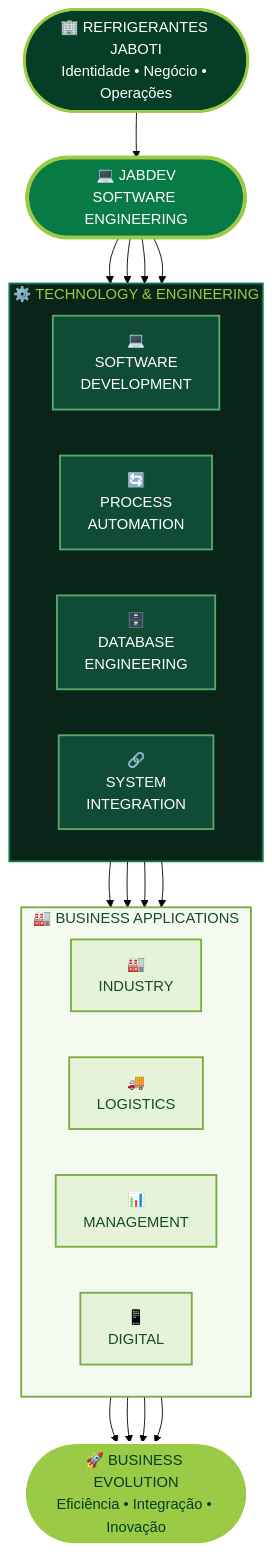
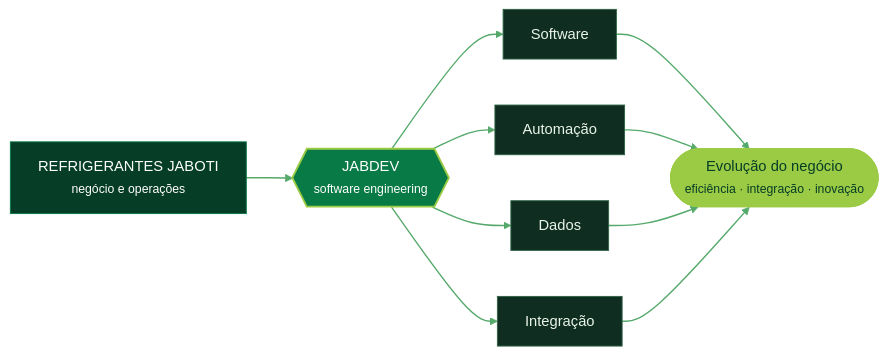
The diagram in README.md (nerdGG094/nerdGG094), drawn with Mermaid (forest theme) before and after one commit. The commit also changed other lines of this file and 1 other file, not shown here.

Commit message:
README: linguagens e ferramentas juntas com ícones e fluxo do ecossistema mais compacto

````diff
--- a/README.md
+++ b/README.md
@@ -143,59 +119,22 @@
 ```mermaid
-flowchart TB
+flowchart LR
+    A["REFRIGERANTES JABOTI<br/><small>negócio e operações</small>"]
+    B{{"JABDEV<br/><small>software engineering</small>"}}
+    C["Software"]
+    D["Automação"]
+    E["Dados"]
+    F["Integração"]
+    G(["Evolução do negócio<br/><small>eficiência · integração · inovação</small>"])
 
-    A(["🏢 REFRIGERANTES JABOTI<br/>Identidade • Negócio • Operações"])
+    A --> B --> C & D & E & F --> G
 
-    B(["💻 JABDEV<br/>SOFTWARE ENGINEERING"])
-
-    A --> B
-
-    B --> C
-    B --> D
-    B --> E
-    B --> F
-
-    subgraph TECH["⚙️ TECHNOLOGY & ENGINEERING"]
-        direction LR
-
-        C["💻<br/>SOFTWARE<br/>DEVELOPMENT"]
-        D["🔄<br/>PROCESS<br/>AUTOMATION"]
-        E["🗄️<br/>DATABASE<br/>ENGINEERING"]
-        F["🔗<br/>SYSTEM<br/>INTEGRATION"]
-    end
-
-    C --> G
-    D --> H
-    E --> I
-    F --> J
-
-    subgraph BUSINESS["🏭 BUSINESS APPLICATIONS"]
-        direction LR
-
-        G["🏭<br/>INDUSTRY"]
-        H["🚚<br/>LOGISTICS"]
-        I["📊<br/>MANAGEMENT"]
-        J["📱<br/>DIGITAL"]
-    end
-
-    G --> K
-    H --> K
-    I --> K
-    J --> K
-
-    K(["🚀 BUSINESS EVOLUTION<br/>Eficiência • Integração • Inovação"])
-
-    classDef jaboti fill:#063D27,color:#FFFFFF,stroke:#9BCB45,stroke-width:3px
-    classDef jabdev fill:#087A45,color:#FFFFFF,stroke:#9BCB45,stroke-width:4px
-    classDef tech fill:#104C35,color:#FFFFFF,stroke:#55A96B,stroke-width:2px
-    classDef business fill:#E5F3D8,color:#164B2C,stroke:#78AD42,stroke-width:2px
-    classDef result fill:#9BCB45,color:#063D27,stroke:#FFFFFF,stroke-width:3px
-
-    class A jaboti
-    class B jabdev
-    class C,D,E,F tech
-    class G,H,I,J business
-    class K result
-
-    style TECH fill:#0B241A,stroke:#087A45,stroke-width:2px,color:#9BCB45
-    style BUSINESS fill:#F4FAEE,stroke:#78AD42,stroke-width:2px,color:#164B2C
+    classDef base fill:#063D27,color:#FFFFFF,stroke:#087A45,stroke-width:1px
+    classDef core fill:#087A45,color:#FFFFFF,stroke:#9BCB45,stroke-width:2px
+    classDef area fill:#0F2E21,color:#EAF5E9,stroke:#2F6346,stroke-width:1px
+    classDef goal fill:#9BCB45,color:#063D27,stroke:#9BCB45,stroke-width:1px
+    class A base
+    class B core
+    class C,D,E,F area
+    class G goal
+    linkStyle default stroke:#55A96B,stroke-width:1.5px
 ```
````
